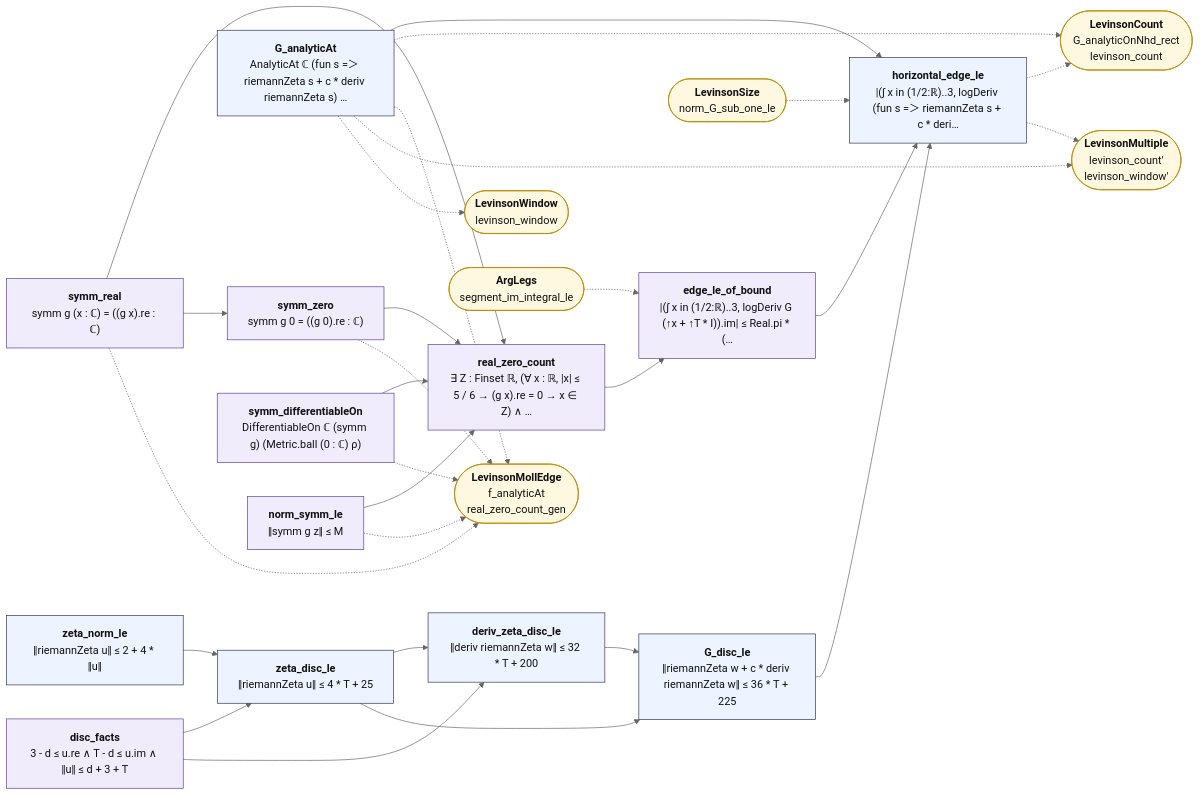
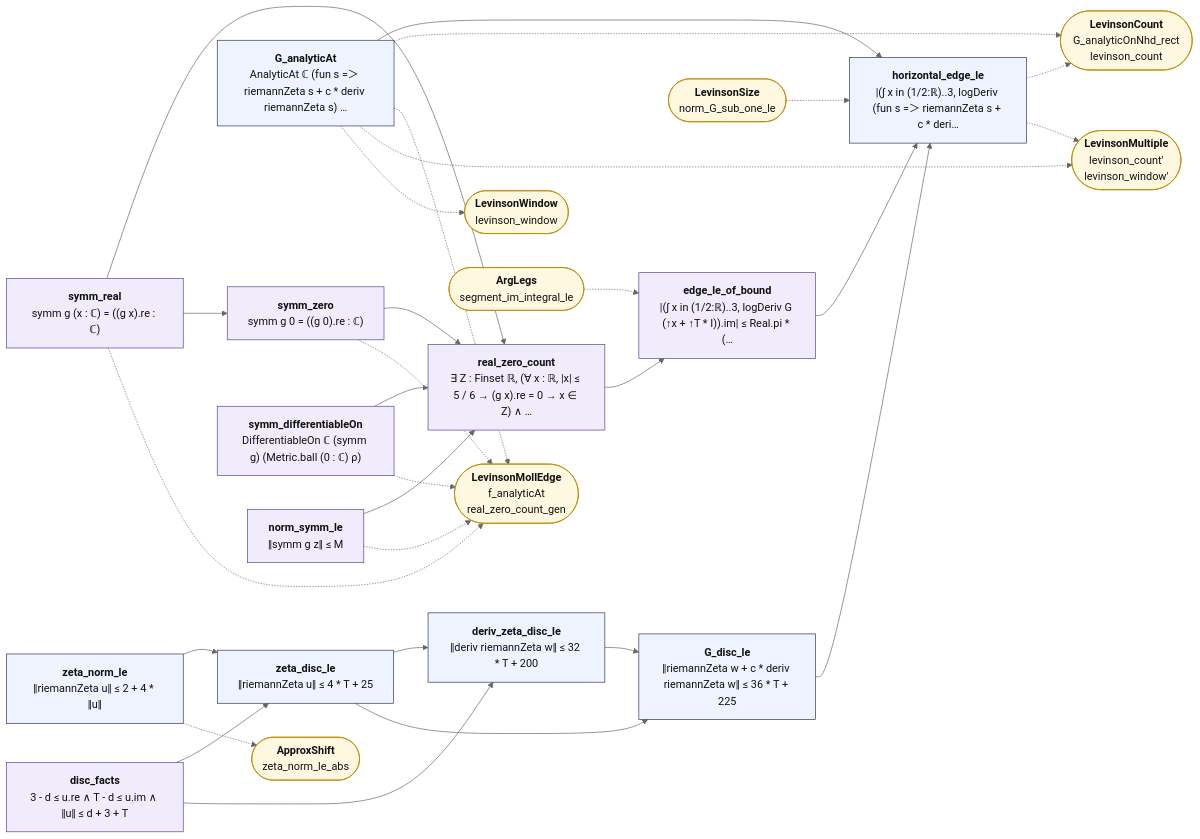
One commit to juliansambranojr/Primebeat_081426 changed the diagram in map/lean_stage3/LevinsonEdge.mmd. Above: the diagram before and after it, drawn with Mermaid (neutral theme). The commit also changed 19 other files, not shown here.

```diff
--- a/map/lean_stage3/LevinsonEdge.mmd
+++ b/map/lean_stage3/LevinsonEdge.mmd
@@ -1,55 +1,57 @@
 flowchart LR
   n0["<b>zeta_norm_le</b><br/>‖riemannZeta u‖ ≤ 2 + 4 * ‖u‖"]:::thm
   n1["<b>disc_facts</b><br/>3 - d ≤ u.re ∧ T - d ≤ u.im ∧ ‖u‖ ≤ d + 3 + T"]:::shp
   n2["<b>zeta_disc_le</b><br/>‖riemannZeta u‖ ≤ 4 * T + 25"]:::thm
   n3["<b>deriv_zeta_disc_le</b><br/>‖deriv riemannZeta w‖ ≤ 32 * T + 200"]:::thm
   n4["<b>G_analyticAt</b><br/>AnalyticAt ℂ (fun s =＞ riemannZeta s + c * deriv riemannZeta s) …"]:::thm
   n5["<b>G_disc_le</b><br/>‖riemannZeta w + c * deriv riemannZeta w‖ ≤ 36 * T + 225"]:::thm
   n6["<b>symm_real</b><br/>symm g (x : ℂ) = ((g x).re : ℂ)"]:::shp
   n7["<b>symm_zero</b><br/>symm g 0 = ((g 0).re : ℂ)"]:::shp
   n8["<b>symm_differentiableOn</b><br/>DifferentiableOn ℂ (symm g) (Metric.ball (0 : ℂ) ρ)"]:::shp
   n9["<b>norm_symm_le</b><br/>‖symm g z‖ ≤ M"]:::shp
   n10["<b>real_zero_count</b><br/>∃ Z : Finset ℝ, (∀ x : ℝ, |x| ≤ 5 / 6 → (g x).re = 0 → x ∈ Z) ∧ …"]:::shp
   n11["<b>edge_le_of_bound</b><br/>|(∫ x in (1/2:ℝ)..3, logDeriv G (↑x + ↑T * I)).im| ≤ Real.pi * (…"]:::shp
   n12["<b>horizontal_edge_le</b><br/>|(∫ x in (1/2:ℝ)..3, logDeriv (fun s =＞ riemannZeta s + c * deri…"]:::thm
-  x0(["<b>LevinsonCount</b><br/>G_analyticOnNhd_rect<br/>levinson_count"]):::ext
-  x1(["<b>LevinsonMollEdge</b><br/>f_analyticAt<br/>real_zero_count_gen"]):::ext
-  x2(["<b>LevinsonMultiple</b><br/>levinson_count'<br/>levinson_window'"]):::ext
-  x3(["<b>LevinsonWindow</b><br/>levinson_window"]):::ext
-  x4(["<b>ArgLegs</b><br/>segment_im_integral_le"]):::ext
-  x5(["<b>LevinsonSize</b><br/>norm_G_sub_one_le"]):::ext
+  x0(["<b>ApproxShift</b><br/>zeta_norm_le_abs"]):::ext
+  x1(["<b>LevinsonCount</b><br/>G_analyticOnNhd_rect<br/>levinson_count"]):::ext
+  x2(["<b>LevinsonMollEdge</b><br/>f_analyticAt<br/>real_zero_count_gen"]):::ext
+  x3(["<b>LevinsonMultiple</b><br/>levinson_count'<br/>levinson_window'"]):::ext
+  x4(["<b>LevinsonWindow</b><br/>levinson_window"]):::ext
+  x5(["<b>ArgLegs</b><br/>segment_im_integral_le"]):::ext
+  x6(["<b>LevinsonSize</b><br/>norm_G_sub_one_le"]):::ext
   n0 --> n2
   n1 --> n2
   n1 --> n3
   n10 --> n11
   n11 --> n12
   n2 --> n3
   n2 --> n5
   n3 --> n5
   n4 --> n12
   n5 --> n12
   n6 --> n10
   n6 --> n7
   n7 --> n10
   n8 --> n10
   n9 --> n10
-  n12 -.-> x0
-  n12 -.-> x2
-  n4 -.-> x0
+  n0 -.-> x0
+  n12 -.-> x1
+  n12 -.-> x3
   n4 -.-> x1
   n4 -.-> x2
   n4 -.-> x3
-  n6 -.-> x1
-  n7 -.-> x1
-  n8 -.-> x1
-  n9 -.-> x1
-  x4 -.-> n11
-  x5 -.-> n12
+  n4 -.-> x4
+  n6 -.-> x2
+  n7 -.-> x2
+  n8 -.-> x2
+  n9 -.-> x2
+  x5 -.-> n11
+  x6 -.-> n12
   classDef cnt fill:#dff5ec,stroke:#17694a,color:#111
   classDef shp fill:#f1ecfb,stroke:#5b3fa0,color:#111
   classDef rh fill:#ffe5e5,stroke:#c22,color:#111,stroke-width:2px
   classDef thm fill:#eef4ff,stroke:#335,color:#111
   classDef end_ fill:#e7f7e7,stroke:#2a7,color:#111,stroke-width:2px
   classDef lone fill:#fff,stroke:#999,color:#111,stroke-dasharray:4 3
   classDef bad fill:#ffe5e5,stroke:#c22,color:#111,stroke-width:2px
   classDef ext fill:#fff8e1,stroke:#b80,color:#111
```
